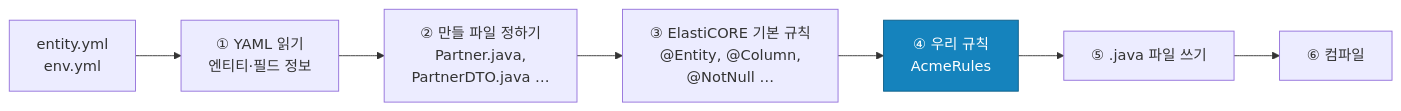
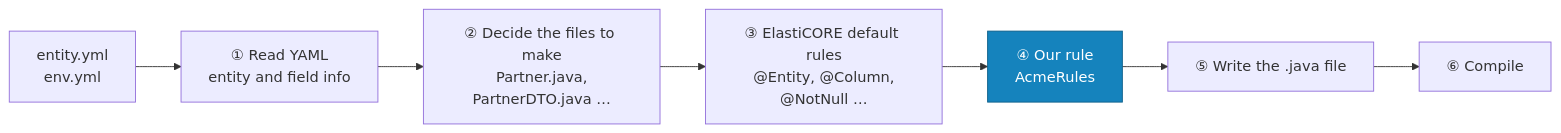
Before and after one commit to xsko/ElastiCORE: the first of 5 diagrams in elasticore-project/elasticore-base/src/main/resources/elasticore-guide/elasticore-rule-dev-guide.md, drawn with Mermaid. The commit also changed other lines of this file and 34 other files, not shown here.

````diff
--- a/elasticore-project/elasticore-base/src/main/resources/elasticore-guide/elasticore-rule-dev-guide.md
+++ b/elasticore-project/elasticore-base/src/main/resources/elasticore-guide/elasticore-rule-dev-guide.md
@@ -32,10 +32,10 @@
 ```mermaid
 flowchart LR
-    A["entity.yml<br/>env.yml"] --> B["① YAML 읽기<br/>엔티티·필드 정보"]
-    B --> C["② 만들 파일 정하기<br/>Partner.java,<br/>PartnerDTO.java …"]
-    C --> D["③ ElastiCORE 기본 규칙<br/>@Entity, @Column,<br/>@NotNull …"]
-    D --> E["④ 우리 규칙<br/>AcmeRules"]
-    E --> F["⑤ .java 파일 쓰기"]
-    F --> G["⑥ 컴파일"]
+    A["entity.yml<br/>env.yml"] --> B["① Read YAML<br/>entity and field info"]
+    B --> C["② Decide the files to make<br/>Partner.java,<br/>PartnerDTO.java …"]
+    C --> D["③ ElastiCORE default rules<br/>@Entity, @Column,<br/>@NotNull …"]
+    D --> E["④ Our rule<br/>AcmeRules"]
+    E --> F["⑤ Write the .java file"]
+    F --> G["⑥ Compile"]
     style E fill:#1583bd,color:#fff,stroke:#0d5f8a
 ```
````
